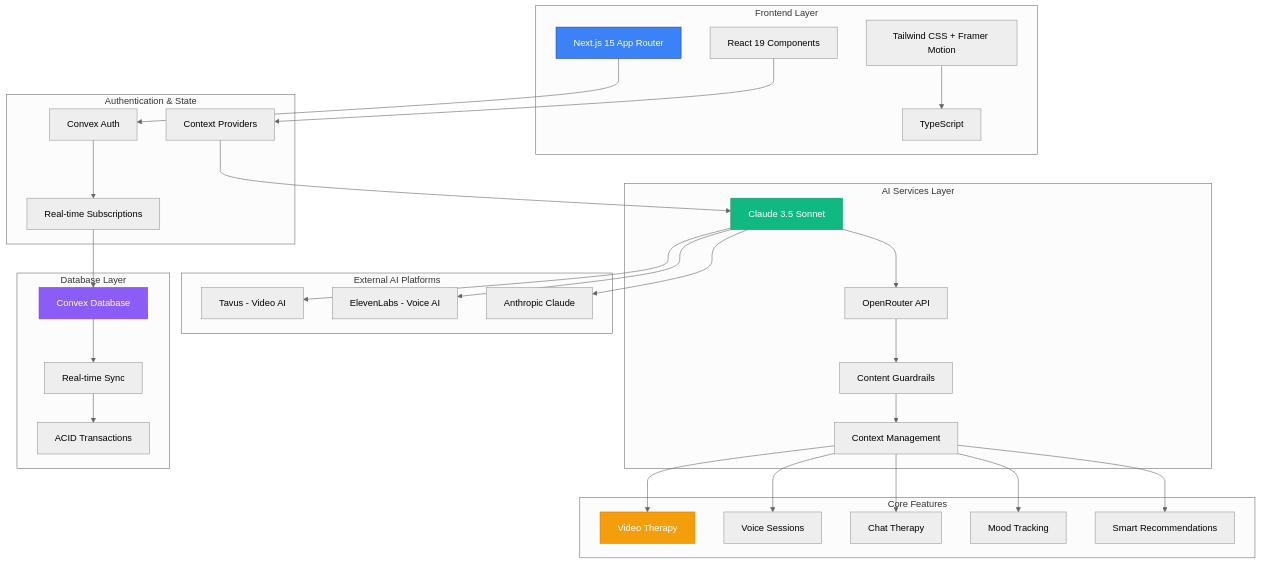
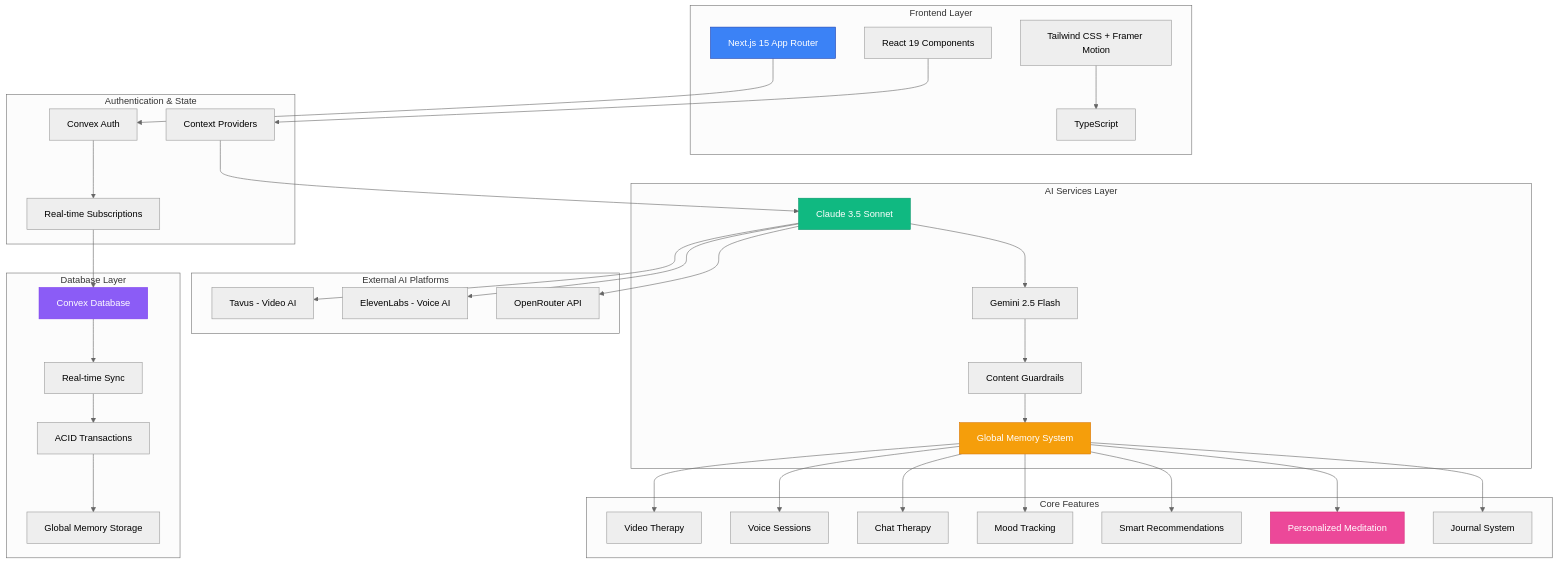
One commit to ItsRudraksh/mindfulai changed the first of 5 diagrams in README.md. Above: the diagram before and after it, drawn with Mermaid (neutral theme). The commit also changed other lines of this file, not shown here.

Commit message:
Updated README with Meditation Feature

````diff
--- a/README.md
+++ b/README.md
@@ -33,70 +33,77 @@
 ```mermaid
 graph TB
     subgraph "Frontend Layer"
         A[Next.js 15 App Router]
         B[React 19 Components]
         C[Tailwind CSS + Framer Motion]
         D[TypeScript]
     end
 
     subgraph "Authentication & State"
         E[Convex Auth]
         F[Context Providers]
         G[Real-time Subscriptions]
     end
 
     subgraph "AI Services Layer"
         H[Claude 3.5 Sonnet]
-        I[OpenRouter API]
+        I[Gemini 2.5 Flash]
         J[Content Guardrails]
-        K[Context Management]
+        K[Global Memory System]
     end
 
     subgraph "External AI Platforms"
         L[Tavus - Video AI]
         M[ElevenLabs - Voice AI]
-        N[Anthropic Claude]
+        N[OpenRouter API]
     end
 
     subgraph "Database Layer"
         O[Convex Database]
         P[Real-time Sync]
         Q[ACID Transactions]
+        R[Global Memory Storage]
     end
 
     subgraph "Core Features"
-        R[Video Therapy]
-        S[Voice Sessions]
-        T[Chat Therapy]
-        U[Mood Tracking]
-        V[Smart Recommendations]
+        S[Video Therapy]
+        T[Voice Sessions]
+        U[Chat Therapy]
+        V[Mood Tracking]
+        W[Smart Recommendations]
+        X[Personalized Meditation]
+        Y[Journal System]
     end
 
     A --> E
     B --> F
     C --> D
     E --> G
     F --> H
     H --> I
     I --> J
     J --> K
 
     H --> L
     H --> M
     H --> N
 
     G --> O
     O --> P
     P --> Q
+    Q --> R
 
-    K --> R
     K --> S
     K --> T
     K --> U
     K --> V
+    K --> W
+    K --> X
+    K --> Y
 
     style A fill:#3b82f6,stroke:#1e40af,color:#fff
     style H fill:#10b981,stroke:#059669,color:#fff
     style O fill:#8b5cf6,stroke:#7c3aed,color:#fff
-    style R fill:#f59e0b,stroke:#d97706,color:#fff
+    style K fill:#f59e0b,stroke:#d97706,color:#fff
+    style X fill:#ec4899,stroke:#db2777,color:#fff
 ```
````
